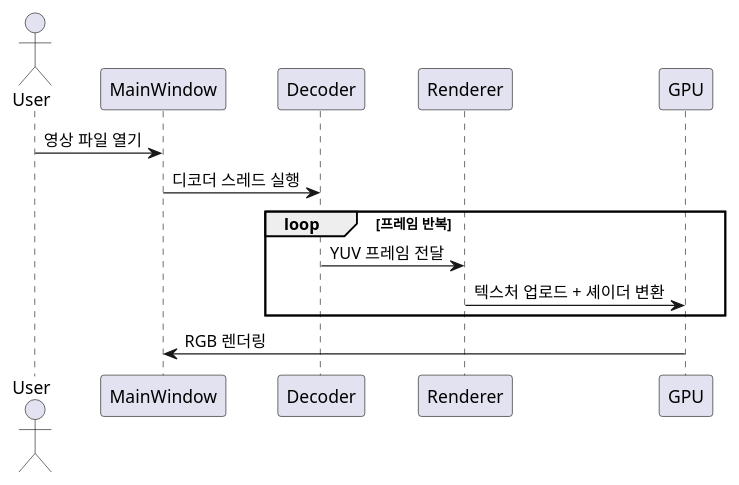
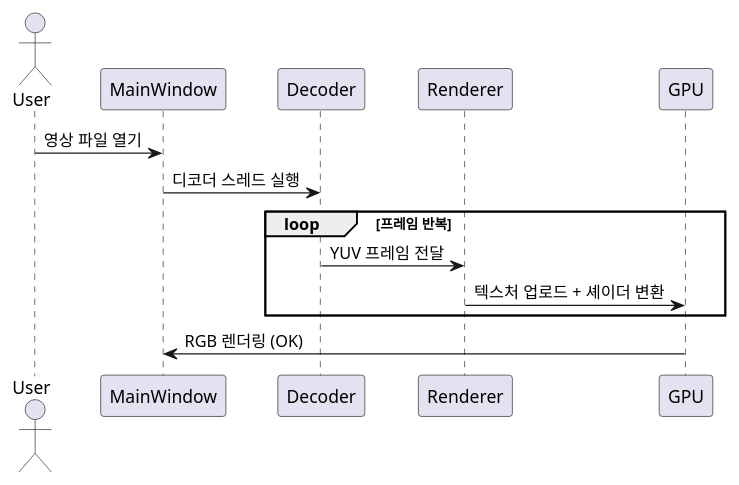
One commit to mhjang22/First-My-Project changed the diagram in 동영상재생기.puml. Above: the diagram before and after it, drawn with PlantUML.

Commit message:
second commit

```diff
--- a/동영상재생기.puml
+++ b/동영상재생기.puml
@@ -1,15 +1,16 @@
 @startuml
 actor User
 participant MainWindow
 participant Decoder
 participant Renderer
 participant GPU
 
 User -> MainWindow : 영상 파일 열기
 MainWindow -> Decoder : 디코더 스레드 실행
 loop 프레임 반복
   Decoder -> Renderer : YUV 프레임 전달
   Renderer -> GPU : 텍스처 업로드 + 셰이더 변환
 end
-GPU -> MainWindow : RGB 렌더링
+GPU -> MainWindow : RGB 렌더링 (OK)
+
 @enduml
```
